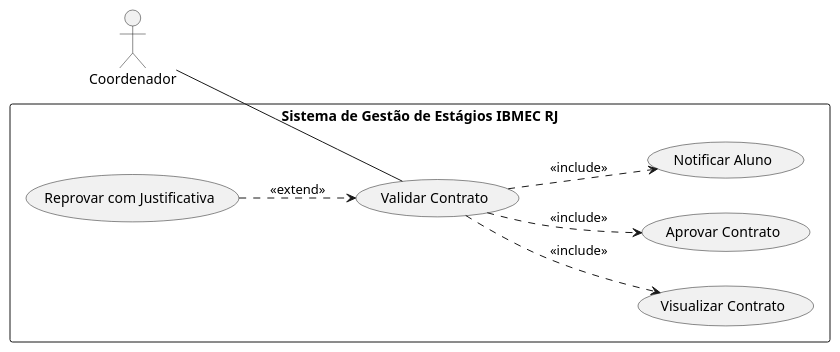
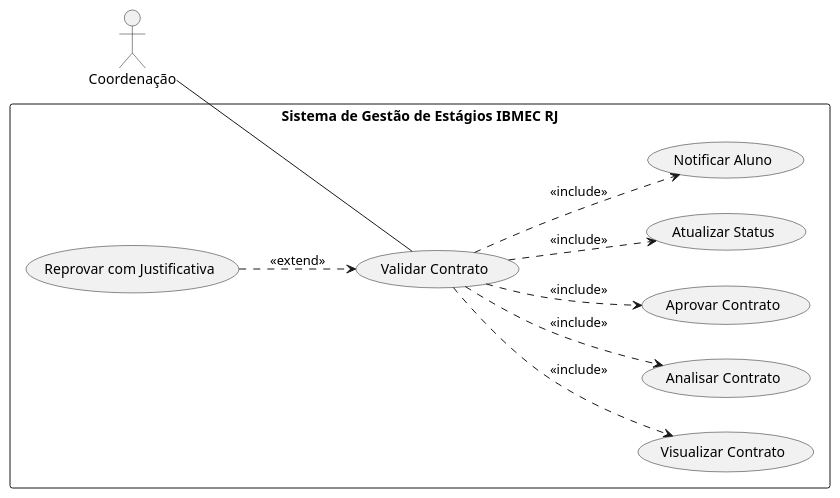
One commit to Projetos-de-Extensao/PBE_26.1_8002_I changed the fourth of 10 diagrams in docs/Elaboracao/casos_de_uso.md. Above: the diagram before and after it, drawn with PlantUML. The commit also changed other lines of this file, not shown here.

````diff
--- a/docs/Elaboracao/casos_de_uso.md
+++ b/docs/Elaboracao/casos_de_uso.md
@@ -204,27 +223,31 @@
 ```puml
 @startuml
 left to right direction
 
-actor Coordenador
+actor Coordenação
 
 rectangle "Sistema de Gestão de Estágios IBMEC RJ" {
 
   usecase "Validar Contrato" as UC1
   usecase "Visualizar Contrato" as UC2
-  usecase "Aprovar Contrato" as UC3
-  usecase "Reprovar com Justificativa" as UC4
-  usecase "Notificar Aluno" as UC5
+  usecase "Analisar Contrato" as UC3
+  usecase "Aprovar Contrato" as UC4
+  usecase "Atualizar Status" as UC5
+  usecase "Notificar Aluno" as UC6
+  usecase "Reprovar com Justificativa" as UC7
 
 }
 
-Coordenador -- UC1
+Coordenação -- UC1
 
 UC1 ..> UC2 : <<include>>
 UC1 ..> UC3 : <<include>>
+UC1 ..> UC4 : <<include>>
 UC1 ..> UC5 : <<include>>
+UC1 ..> UC6 : <<include>>
 
-UC4 ..> UC1 : <<extend>>
+UC7 ..> UC1 : <<extend>>
 
 @enduml
 
 ```
````
